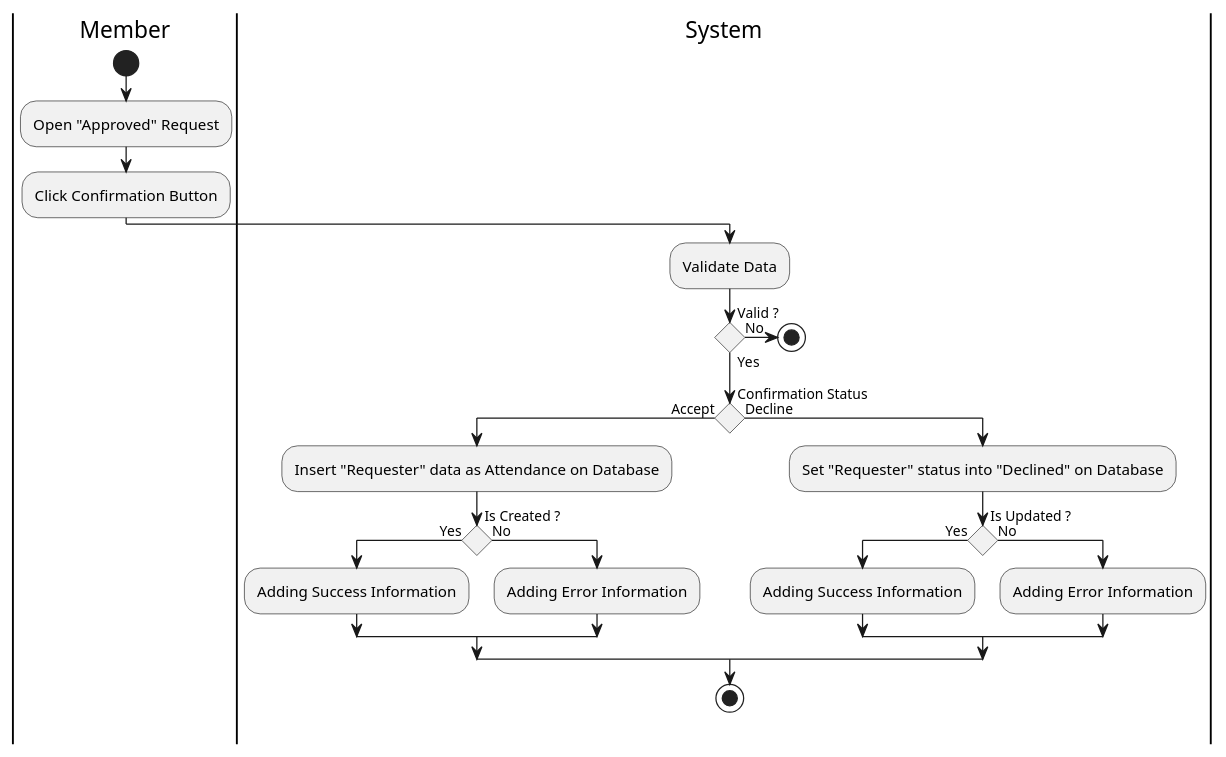
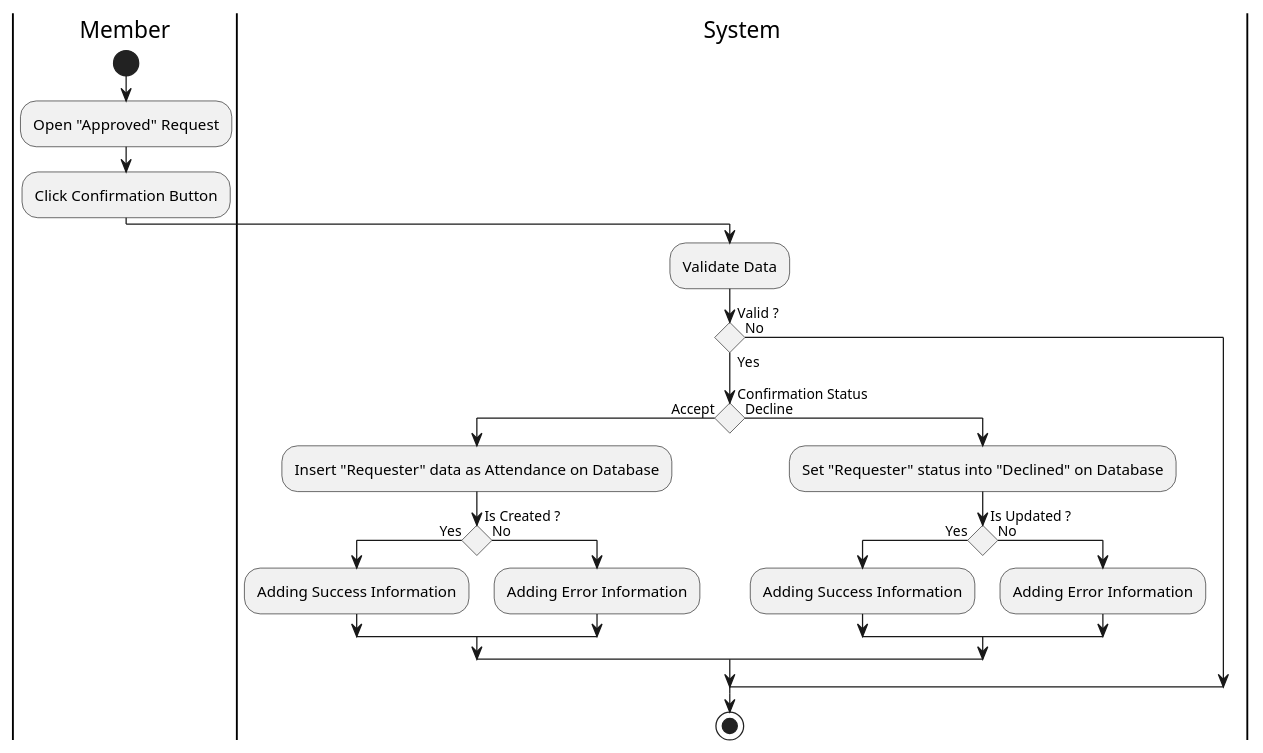
One commit to fwidjaya20/fazzlearning-uml changed the diagram in Activity/Release03/ConfirmAttendance.wsd. Above: the diagram before and after it, drawn with PlantUML. The commit also changed 59 other files, not shown here.

```diff
--- a/Activity/Release03/ConfirmAttendance.wsd
+++ b/Activity/Release03/ConfirmAttendance.wsd
@@ -1,39 +1,38 @@
 @startuml ConfirmAttendance
 
 skinparam ConditionEndStyle hline
 skinparam conditionStyle diamond
 skinparam Monochrome true
 skinparam Shadowing false
 
 |Member|
 start
 :Open "Approved" Request;
 :Click Confirmation Button;
 
 |System|
 :Validate Data;
 
 if (Valid ?) then (Yes)
     if (Confirmation Status) then (Accept)
         :Insert "Requester" data as Attendance on Database;
 
         if (Is Created ?) then (Yes)
             :Adding Success Information;
         else (No)
             :Adding Error Information;
         endif
     else (Decline)
         :Set "Requester" status into "Declined" on Database;
 
         if (Is Updated ?) then (Yes)
             :Adding Success Information;
         else (No)
             :Adding Error Information;
         endif
     endif
-    stop
 else (No)
-    stop
 endif
+stop
 
 @enduml
```
